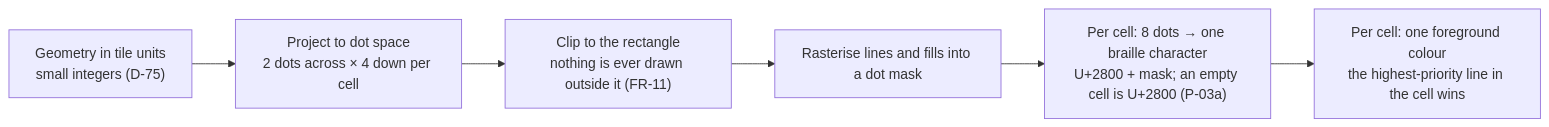
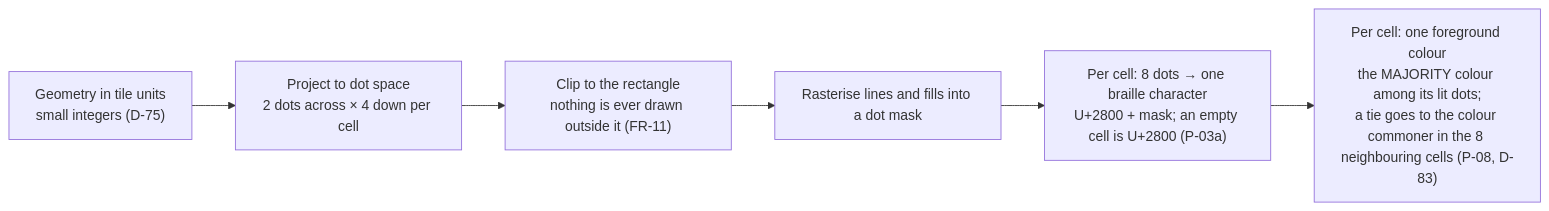
One commit to branden-thompson/go-tuimaps changed the second of 2 diagrams in 06_docs/02_features/go-tuimaps/03-architecture-design/L2-render.md. Above: the diagram before and after it, drawn with Mermaid. The commit also changed other lines of this file and 7 other files, not shown here.

First line of the commit message:
docs(plan): ruling D-83 — a cell takes the majority colour of its dots, as upstream does

````diff
--- a/06_docs/02_features/go-tuimaps/03-architecture-design/L2-render.md
+++ b/06_docs/02_features/go-tuimaps/03-architecture-design/L2-render.md
@@ -42,8 +42,8 @@
 ```mermaid
 flowchart LR
     G["Geometry in tile units<br/>small integers (D-75)"] --> P["Project to dot space<br/>2 dots across × 4 down per cell"]
     P --> C["Clip to the rectangle<br/>nothing is ever drawn outside it (FR-11)"]
     C --> RAS["Rasterise lines and fills into a dot mask"]
     RAS --> CELL["Per cell: 8 dots → one braille character<br/>U+2800 + mask; an empty cell is U+2800 (P-03a)"]
-    CELL --> COLR["Per cell: one foreground colour<br/>the highest-priority line in the cell wins"]
+    CELL --> COLR["Per cell: one foreground colour<br/>the MAJORITY colour among its lit dots;<br/>a tie goes to the colour commoner in the 8 neighbouring cells (P-08, D-83)"]
 ```
````
